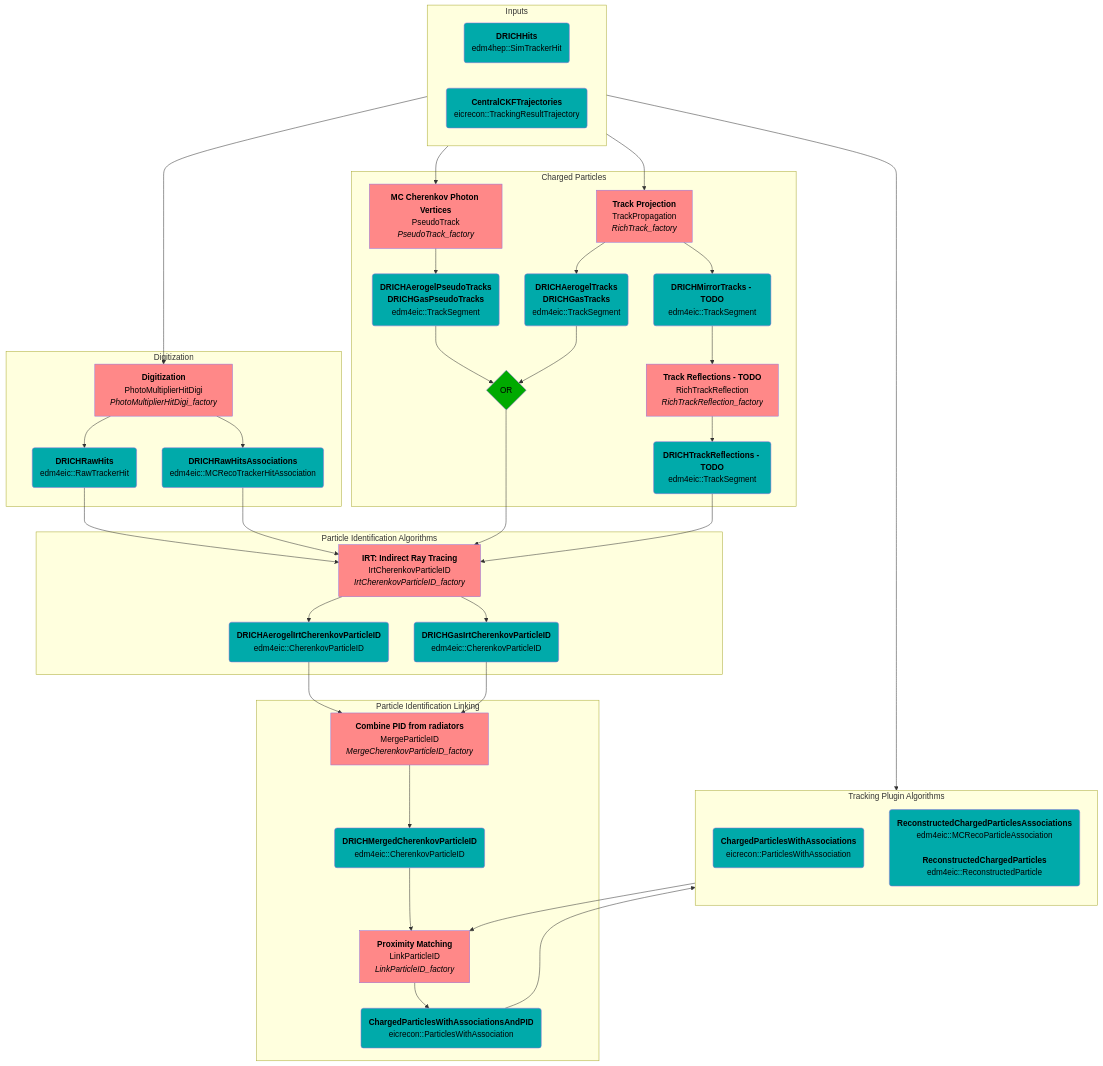
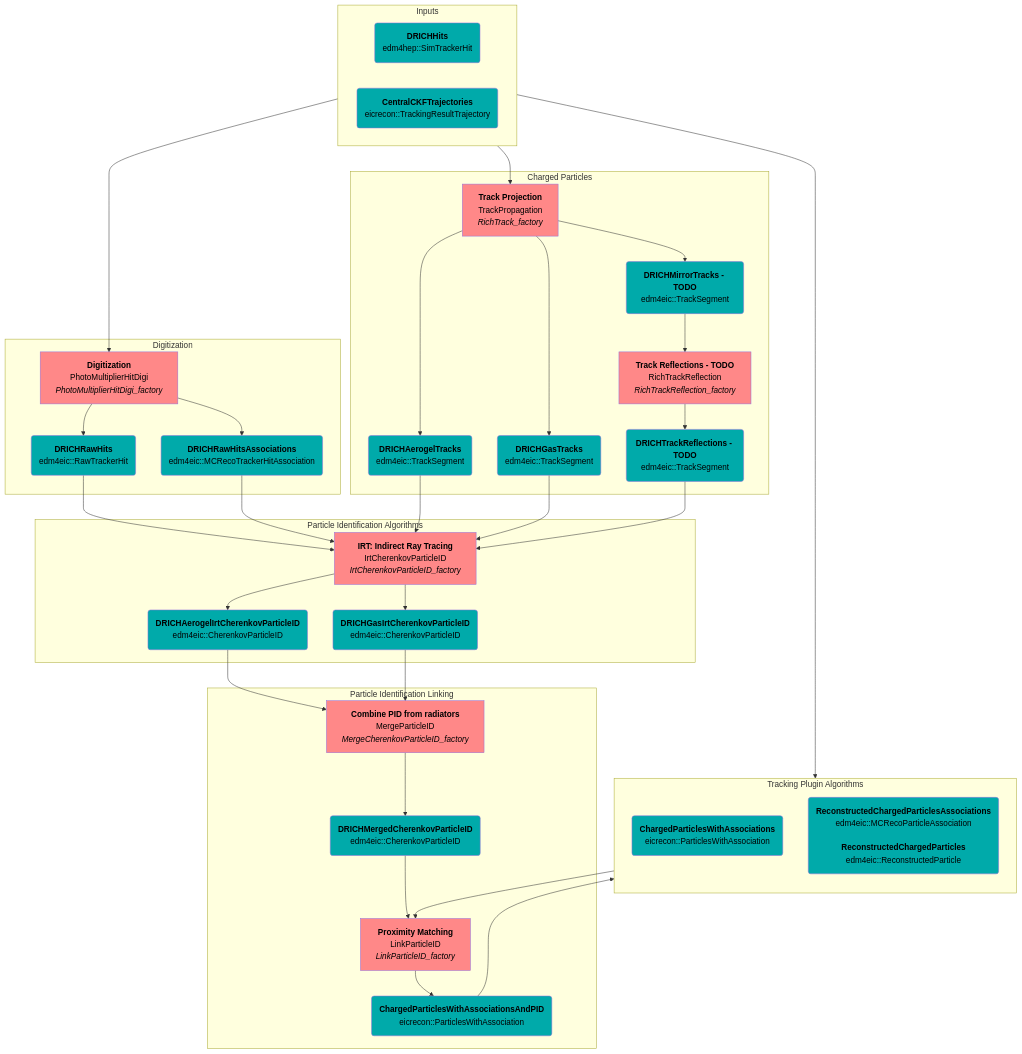
The second of 5 diagrams in src/detectors/DRICH/README.md (eic/EICrecon), drawn with Mermaid before and after one commit. The commit also changed 7 other files, not shown here.

```diff
--- a/src/detectors/DRICH/README.md
+++ b/src/detectors/DRICH/README.md
@@ -16,7 +16,6 @@
 flowchart TB
   classDef alg fill:#ff8888,color:black
   classDef col fill:#00aaaa,color:black
-  classDef op fill:#00aa00,color:black
 
   %%-----------------
   %% Nodes
@@ -35,14 +34,11 @@
   end
 
   subgraph Charged Particles
-    PseudoTracksAlg[<strong>MC Cherenkov Photon Vertices</strong><br/>PseudoTrack<br><i>PseudoTrack_factory</i>]:::alg
-    PseudoTracks(<strong>DRICHAerogelPseudoTracks</strong><br/><strong>DRICHGasPseudoTracks</strong><br/>edm4eic::TrackSegment):::col
 
     PropagatorAlg[<strong>Track Projection</strong><br/>TrackPropagation<br><i>RichTrack_factory</i>]:::alg
-    Tracks(<strong>DRICHAerogelTracks</strong><br/><strong>DRICHGasTracks</strong><br/>edm4eic::TrackSegment):::col
+    AerogelTracks(<strong>DRICHAerogelTracks</strong><br/>edm4eic::TrackSegment):::col
+    GasTracks(<strong>DRICHGasTracks</strong><br/>edm4eic::TrackSegment):::col
     MirrorTracks(<strong>DRICHMirrorTracks - TODO</strong><br/>edm4eic::TrackSegment):::col
-
-    TrackOR{OR}:::op
 
     ReflectionsAlg[<strong>Track Reflections - TODO</strong><br/>RichTrackReflection<br><i>RichTrackReflection_factory</i>]:::alg
     Reflections(<strong>DRICHTrackReflections - TODO</strong><br/>edm4eic::TrackSegment):::col
@@ -78,20 +74,18 @@
   DigiAlg --> HitAssocs
 
   %% tracking
-  SimHits --> PseudoTracksAlg
-  PseudoTracksAlg --> PseudoTracks
   Trajectories --> PropagatorAlg
-  PropagatorAlg --> Tracks
+  PropagatorAlg --> AerogelTracks
+  PropagatorAlg --> GasTracks
   PropagatorAlg --> MirrorTracks
-  PseudoTracks --> TrackOR
-  Tracks --> TrackOR
   MirrorTracks --> ReflectionsAlg
   ReflectionsAlg --> Reflections
 
   %% PID
   RawHits --> IRT
   HitAssocs --> IRT
-  TrackOR --> IRT
+  AerogelTracks --> IRT
+  GasTracks --> IRT
   Reflections --> IRT
   IRT --> IRTPIDAerogel
   IRT --> IRTPIDGas
```
